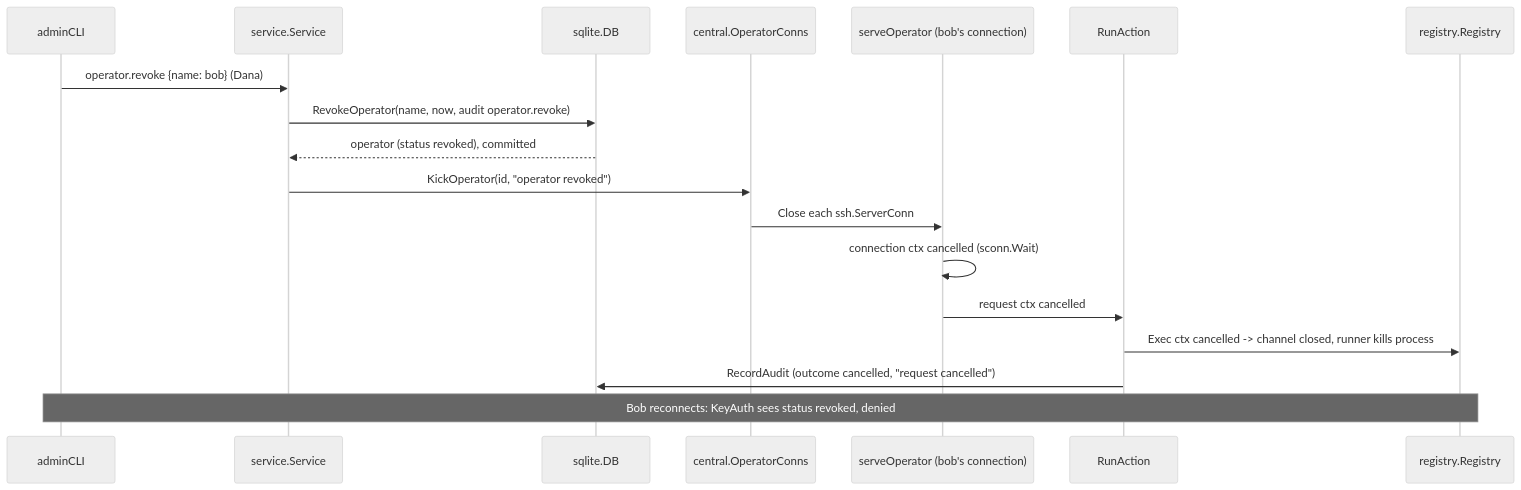
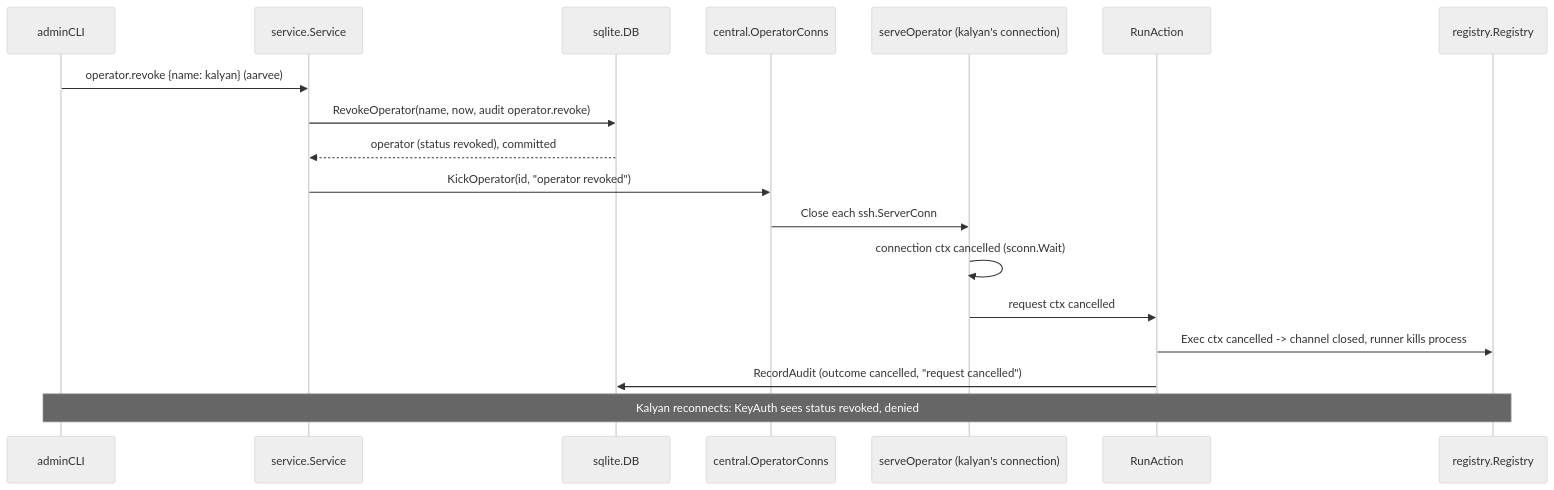
Before and after one commit to mirastacklabs-ai/mirafleet: diagram 17 of 29 in docs/guide/04-flows.md, drawn with Mermaid (neutral theme). The commit also changed other lines of this file and 7 other files, not shown here.

````diff
--- a/docs/guide/04-flows.md
+++ b/docs/guide/04-flows.md
@@ -1019,21 +1019,21 @@
 ```mermaid
 sequenceDiagram
   participant adminCLI as adminCLI
   participant Service as service.Service
   participant sqlite as sqlite.DB
   participant OperatorConns as central.OperatorConns
-  participant serveOperator as serveOperator (bob's connection)
+  participant serveOperator as serveOperator (kalyan's connection)
   participant RunAction as RunAction
   participant Registry as registry.Registry
 
-  adminCLI->>Service: operator.revoke {name: bob} (Dana)
+  adminCLI->>Service: operator.revoke {name: kalyan} (aarvee)
   Service->>sqlite: RevokeOperator(name, now, audit operator.revoke)
   sqlite-->>Service: operator (status revoked), committed
   Service->>OperatorConns: KickOperator(id, "operator revoked")
   OperatorConns->>serveOperator: Close each ssh.ServerConn
   serveOperator->>serveOperator: connection ctx cancelled (sconn.Wait)
   serveOperator->>RunAction: request ctx cancelled
   RunAction->>Registry: Exec ctx cancelled -> channel closed, runner kills process
   RunAction->>sqlite: RecordAudit (outcome cancelled, "request cancelled")
-  Note over adminCLI,Registry: Bob reconnects: KeyAuth sees status revoked, denied
+  Note over adminCLI,Registry: Kalyan reconnects: KeyAuth sees status revoked, denied
 ```
````
